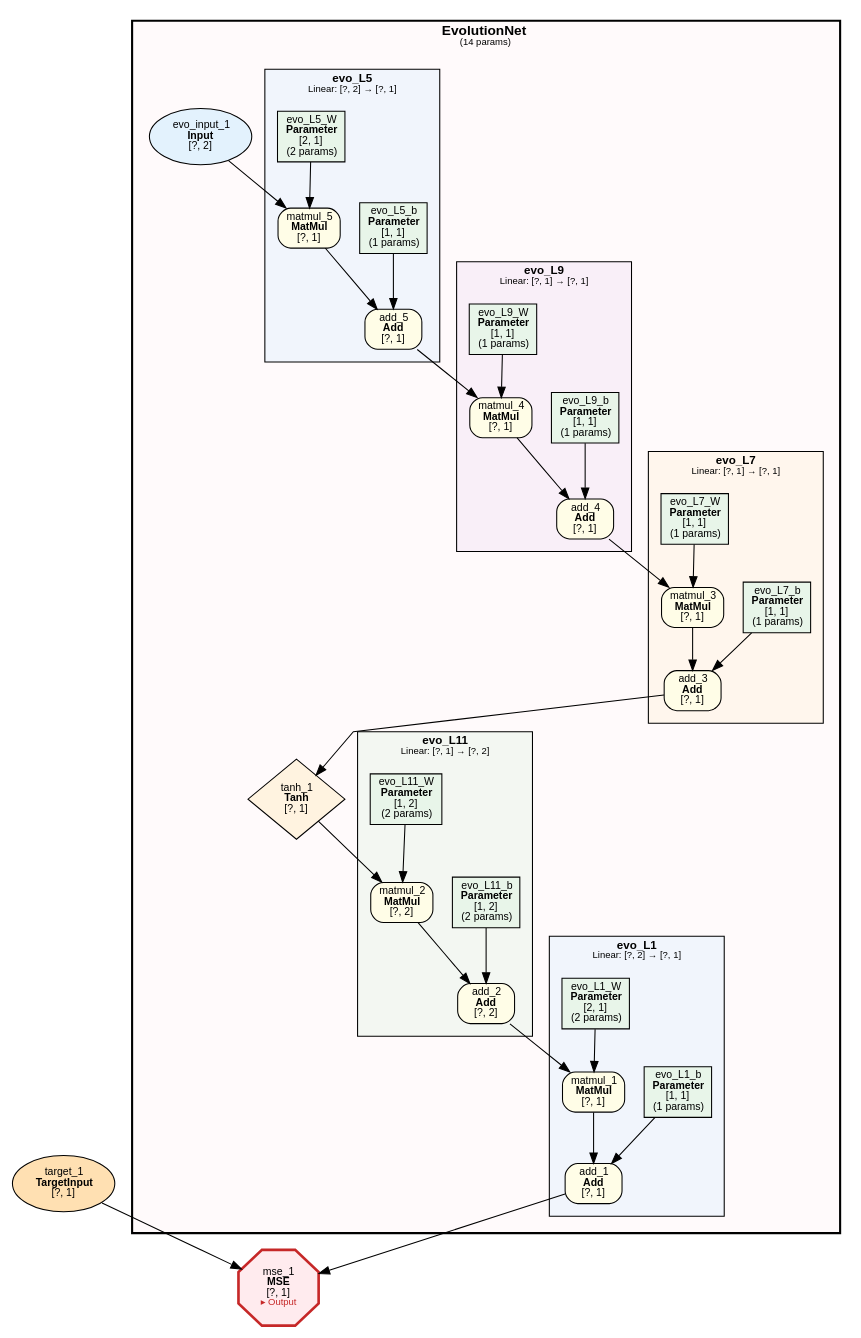
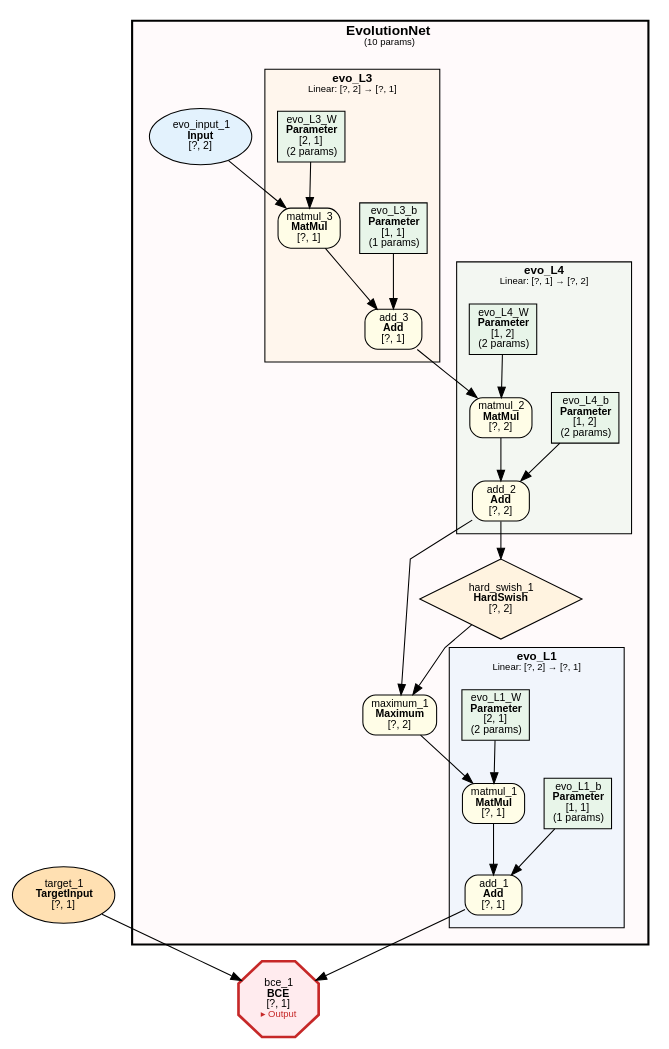
Before and after one commit to dbsxdbsx/only_torch: the diagram in examples/evolution_xor/evolution_xor.dot, drawn with Graphviz. The commit also changed 17 other files, not shown here.

```diff
--- a/examples/evolution_xor/evolution_xor.dot
+++ b/examples/evolution_xor/evolution_xor.dot
@@ -1,111 +1,80 @@
 digraph ComputeGraph {
     rankdir=TB;
     newrank=true;
     splines=polyline;
     node [fontname="Microsoft YaHei,SimHei,Arial"];
     edge [fontname="Microsoft YaHei,SimHei,Arial"];
 
     subgraph cluster_model_EvolutionNet {
-        label=<<B>EvolutionNet</B><BR/><FONT POINT-SIZE="9">(14 params)</FONT>>;
+        label=<<B>EvolutionNet</B><BR/><FONT POINT-SIZE="9">(10 params)</FONT>>;
         style="filled,bold";
         fillcolor="#FFEBEE40";
         fontname="Microsoft YaHei,SimHei,Arial";
         fontsize=13;
         margin=16;
 
         subgraph cluster_EvolutionNet_evo_L1 {
             label=<<B>evo_L1</B><BR/><FONT POINT-SIZE="9">Linear: [?, 2] → [?, 1]</FONT>>;
             style=filled;
             fillcolor="#E3F2FD80";
             fontname="Microsoft YaHei,SimHei,Arial";
             fontsize=11;
             margin=12;
                 "2" [label=<add_1<BR/><B>Add</B><BR/>[?, 1]> shape=box style="filled,rounded" fillcolor="#FFFDE7" fontsize=10];
                 "4" [label=<matmul_1<BR/><B>MatMul</B><BR/>[?, 1]> shape=box style="filled,rounded" fillcolor="#FFFDE7" fontsize=10];
                 "5" [label=<evo_L1_b<BR/><B>Parameter</B><BR/>[1, 1]<BR/>(1 params)> shape=box style=filled fillcolor="#E8F5E9" fontsize=10];
                 "7" [label=<evo_L1_W<BR/><B>Parameter</B><BR/>[2, 1]<BR/>(2 params)> shape=box style=filled fillcolor="#E8F5E9" fontsize=10];
         }
 
-        subgraph cluster_EvolutionNet_evo_L11 {
-            label=<<B>evo_L11</B><BR/><FONT POINT-SIZE="9">Linear: [?, 1] → [?, 2]</FONT>>;
+        subgraph cluster_EvolutionNet_evo_L4 {
+            label=<<B>evo_L4</B><BR/><FONT POINT-SIZE="9">Linear: [?, 1] → [?, 2]</FONT>>;
             style=filled;
             fillcolor="#E8F5E980";
             fontname="Microsoft YaHei,SimHei,Arial";
             fontsize=11;
             margin=12;
-                "6" [label=<add_2<BR/><B>Add</B><BR/>[?, 2]> shape=box style="filled,rounded" fillcolor="#FFFDE7" fontsize=10];
-                "8" [label=<matmul_2<BR/><B>MatMul</B><BR/>[?, 2]> shape=box style="filled,rounded" fillcolor="#FFFDE7" fontsize=10];
-                "9" [label=<evo_L11_b<BR/><B>Parameter</B><BR/>[1, 2]<BR/>(2 params)> shape=box style=filled fillcolor="#E8F5E9" fontsize=10];
-                "11" [label=<evo_L11_W<BR/><B>Parameter</B><BR/>[1, 2]<BR/>(2 params)> shape=box style=filled fillcolor="#E8F5E9" fontsize=10];
+                "9" [label=<add_2<BR/><B>Add</B><BR/>[?, 2]> shape=box style="filled,rounded" fillcolor="#FFFDE7" fontsize=10];
+                "10" [label=<matmul_2<BR/><B>MatMul</B><BR/>[?, 2]> shape=box style="filled,rounded" fillcolor="#FFFDE7" fontsize=10];
+                "11" [label=<evo_L4_b<BR/><B>Parameter</B><BR/>[1, 2]<BR/>(2 params)> shape=box style=filled fillcolor="#E8F5E9" fontsize=10];
+                "13" [label=<evo_L4_W<BR/><B>Parameter</B><BR/>[1, 2]<BR/>(2 params)> shape=box style=filled fillcolor="#E8F5E9" fontsize=10];
         }
 
-        subgraph cluster_EvolutionNet_evo_L7 {
-            label=<<B>evo_L7</B><BR/><FONT POINT-SIZE="9">Linear: [?, 1] → [?, 1]</FONT>>;
+        subgraph cluster_EvolutionNet_evo_L3 {
+            label=<<B>evo_L3</B><BR/><FONT POINT-SIZE="9">Linear: [?, 2] → [?, 1]</FONT>>;
             style=filled;
             fillcolor="#FFF3E080";
             fontname="Microsoft YaHei,SimHei,Arial";
             fontsize=11;
             margin=12;
                 "12" [label=<add_3<BR/><B>Add</B><BR/>[?, 1]> shape=box style="filled,rounded" fillcolor="#FFFDE7" fontsize=10];
-                "13" [label=<matmul_3<BR/><B>MatMul</B><BR/>[?, 1]> shape=box style="filled,rounded" fillcolor="#FFFDE7" fontsize=10];
-                "14" [label=<evo_L7_b<BR/><B>Parameter</B><BR/>[1, 1]<BR/>(1 params)> shape=box style=filled fillcolor="#E8F5E9" fontsize=10];
-                "16" [label=<evo_L7_W<BR/><B>Parameter</B><BR/>[1, 1]<BR/>(1 params)> shape=box style=filled fillcolor="#E8F5E9" fontsize=10];
+                "14" [label=<matmul_3<BR/><B>MatMul</B><BR/>[?, 1]> shape=box style="filled,rounded" fillcolor="#FFFDE7" fontsize=10];
+                "15" [label=<evo_L3_b<BR/><B>Parameter</B><BR/>[1, 1]<BR/>(1 params)> shape=box style=filled fillcolor="#E8F5E9" fontsize=10];
+                "17" [label=<evo_L3_W<BR/><B>Parameter</B><BR/>[2, 1]<BR/>(2 params)> shape=box style=filled fillcolor="#E8F5E9" fontsize=10];
         }
 
-        subgraph cluster_EvolutionNet_evo_L9 {
-            label=<<B>evo_L9</B><BR/><FONT POINT-SIZE="9">Linear: [?, 1] → [?, 1]</FONT>>;
-            style=filled;
-            fillcolor="#F3E5F580";
-            fontname="Microsoft YaHei,SimHei,Arial";
-            fontsize=11;
-            margin=12;
-                "15" [label=<add_4<BR/><B>Add</B><BR/>[?, 1]> shape=box style="filled,rounded" fillcolor="#FFFDE7" fontsize=10];
-                "17" [label=<matmul_4<BR/><B>MatMul</B><BR/>[?, 1]> shape=box style="filled,rounded" fillcolor="#FFFDE7" fontsize=10];
-                "18" [label=<evo_L9_b<BR/><B>Parameter</B><BR/>[1, 1]<BR/>(1 params)> shape=box style=filled fillcolor="#E8F5E9" fontsize=10];
-                "20" [label=<evo_L9_W<BR/><B>Parameter</B><BR/>[1, 1]<BR/>(1 params)> shape=box style=filled fillcolor="#E8F5E9" fontsize=10];
-        }
-
-        subgraph cluster_EvolutionNet_evo_L5 {
-            label=<<B>evo_L5</B><BR/><FONT POINT-SIZE="9">Linear: [?, 2] → [?, 1]</FONT>>;
-            style=filled;
-            fillcolor="#E3F2FD80";
-            fontname="Microsoft YaHei,SimHei,Arial";
-            fontsize=11;
-            margin=12;
-                "19" [label=<add_5<BR/><B>Add</B><BR/>[?, 1]> shape=box style="filled,rounded" fillcolor="#FFFDE7" fontsize=10];
-                "21" [label=<matmul_5<BR/><B>MatMul</B><BR/>[?, 1]> shape=box style="filled,rounded" fillcolor="#FFFDE7" fontsize=10];
-                "22" [label=<evo_L5_b<BR/><B>Parameter</B><BR/>[1, 1]<BR/>(1 params)> shape=box style=filled fillcolor="#E8F5E9" fontsize=10];
-                "24" [label=<evo_L5_W<BR/><B>Parameter</B><BR/>[2, 1]<BR/>(2 params)> shape=box style=filled fillcolor="#E8F5E9" fontsize=10];
-        }
-
-        "10" [label=<tanh_1<BR/><B>Tanh</B><BR/>[?, 1]> shape=diamond style=filled fillcolor="#FFF3E0" fontsize=10];
-        "23" [label=<evo_input_1<BR/><B>Input</B><BR/>[?, 2]> shape=ellipse style=filled fillcolor="#E3F2FD" fontsize=10];
+        "6" [label=<maximum_1<BR/><B>Maximum</B><BR/>[?, 2]> shape=box style="filled,rounded" fillcolor="#FFFDE7" fontsize=10];
+        "8" [label=<hard_swish_1<BR/><B>HardSwish</B><BR/>[?, 2]> shape=diamond style=filled fillcolor="#FFF3E0" fontsize=10];
+        "16" [label=<evo_input_1<BR/><B>Input</B><BR/>[?, 2]> shape=ellipse style=filled fillcolor="#E3F2FD" fontsize=10];
     }
 
-    "1" [label=<mse_1<BR/><B>MSE</B><BR/>[?, 1]<BR/><FONT COLOR="#C62828" POINT-SIZE="9">▸ Output</FONT>> shape=octagon style=filled fillcolor="#FFEBEE" fontsize=10 penwidth=2.5 color="#C62828"];
+    "1" [label=<bce_1<BR/><B>BCE</B><BR/>[?, 1]<BR/><FONT COLOR="#C62828" POINT-SIZE="9">▸ Output</FONT>> shape=octagon style=filled fillcolor="#FFEBEE" fontsize=10 penwidth=2.5 color="#C62828"];
     "3" [label=<target_1<BR/><B>TargetInput</B><BR/>[?, 1]> shape=ellipse style=filled fillcolor="#FFE0B2" fontsize=10];
 
     "2" -> "1";
     "3" -> "1";
     "4" -> "2";
     "5" -> "2";
     "6" -> "4";
     "7" -> "4";
     "8" -> "6";
     "9" -> "6";
-    "10" -> "8";
-    "11" -> "8";
+    "9" -> "8";
+    "10" -> "9";
+    "11" -> "9";
     "12" -> "10";
-    "13" -> "12";
+    "13" -> "10";
     "14" -> "12";
-    "15" -> "13";
-    "16" -> "13";
-    "17" -> "15";
-    "18" -> "15";
-    "19" -> "17";
-    "20" -> "17";
-    "21" -> "19";
-    "22" -> "19";
-    "23" -> "21";
-    "24" -> "21";
+    "15" -> "12";
+    "16" -> "14";
+    "17" -> "14";
 }
```
